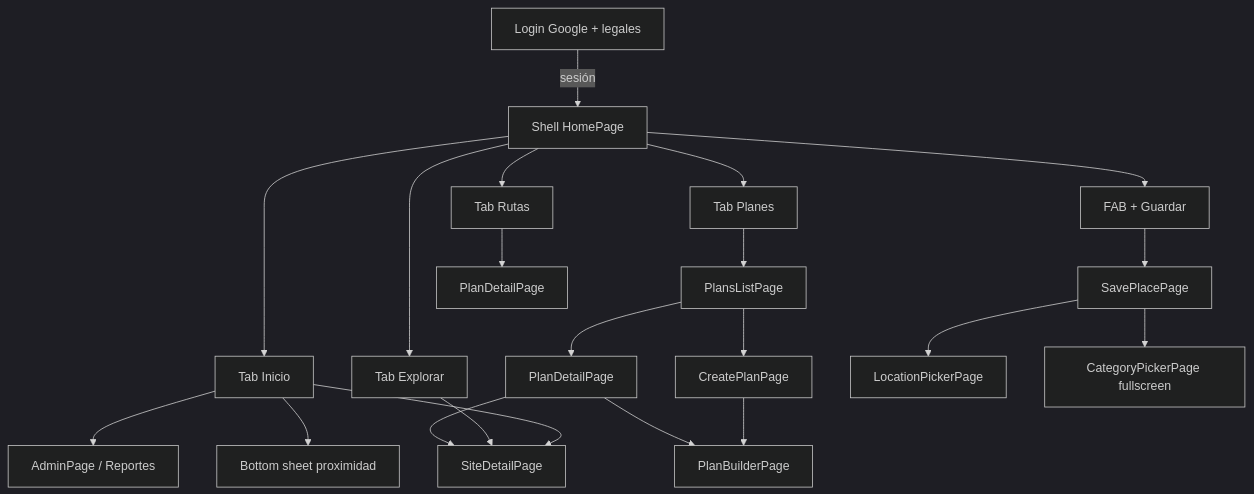
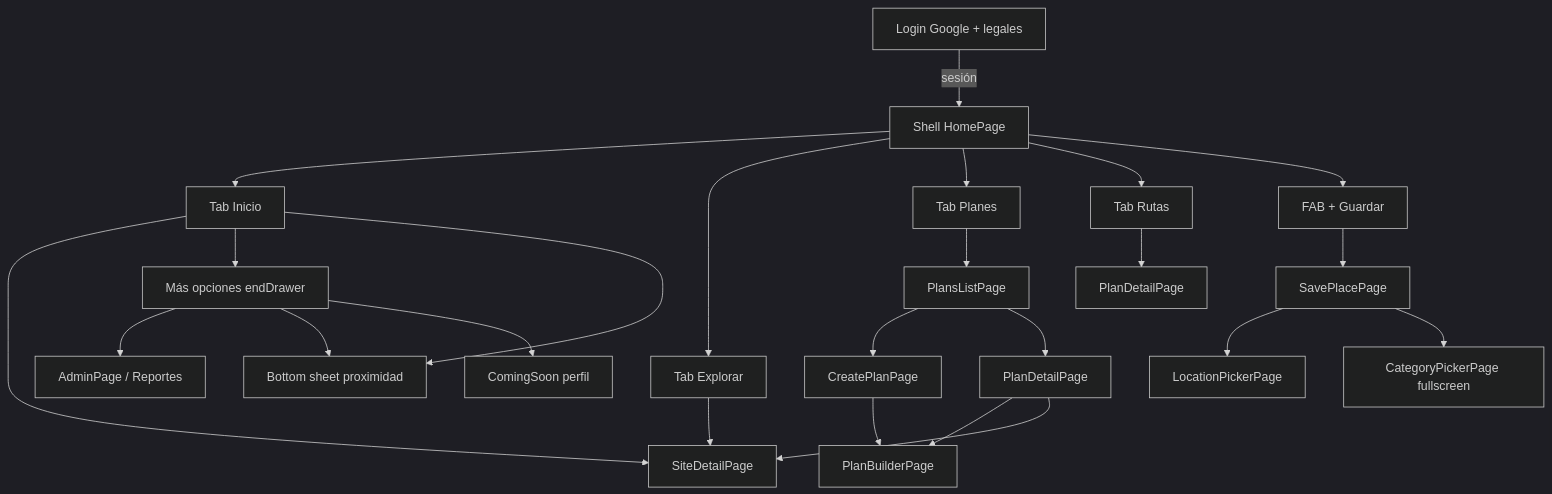
Before and after one commit to johntibagan/chevere_plan: the diagram in docs/ui-navegacion.md, drawn with Mermaid (dark theme). The commit also changed other lines of this file and 7 other files, not shown here.

````diff
--- a/docs/ui-navegacion.md
+++ b/docs/ui-navegacion.md
@@ -39,25 +39,28 @@
 ```mermaid
 flowchart TB
   Login[Login Google + legales]
   Shell[Shell HomePage]
   Login -->|sesión| Shell
   Shell --> T0[Tab Inicio]
   Shell --> T1[Tab Explorar]
   Shell --> T2[Tab Planes]
   Shell --> T3[Tab Rutas]
   Shell --> FAB[FAB + Guardar]
   FAB --> Save[SavePlacePage]
   T0 --> Ficha[SiteDetailPage]
   T1 --> Ficha
   T2 --> PlanList[PlansListPage]
   PlanList --> Create[CreatePlanPage]
   Create --> Builder[PlanBuilderPage]
   PlanList --> Detail[PlanDetailPage]
   Detail --> Builder
   Detail --> Ficha
   T3 --> PlanDetailFromRoute[PlanDetailPage]
-  T0 --> Admin[AdminPage / Reportes]
-  T0 --> Prox[Bottom sheet proximidad]
+  T0 --> Menu[Más opciones endDrawer]
+  Menu --> Admin[AdminPage / Reportes]
+  Menu --> Prox[Bottom sheet proximidad]
+  Menu --> ProfileSoon[ComingSoon perfil]
+  T0 --> Prox
   Save --> Map[LocationPickerPage]
   Save --> Cats[CategoryPickerPage fullscreen]
 ```
````
